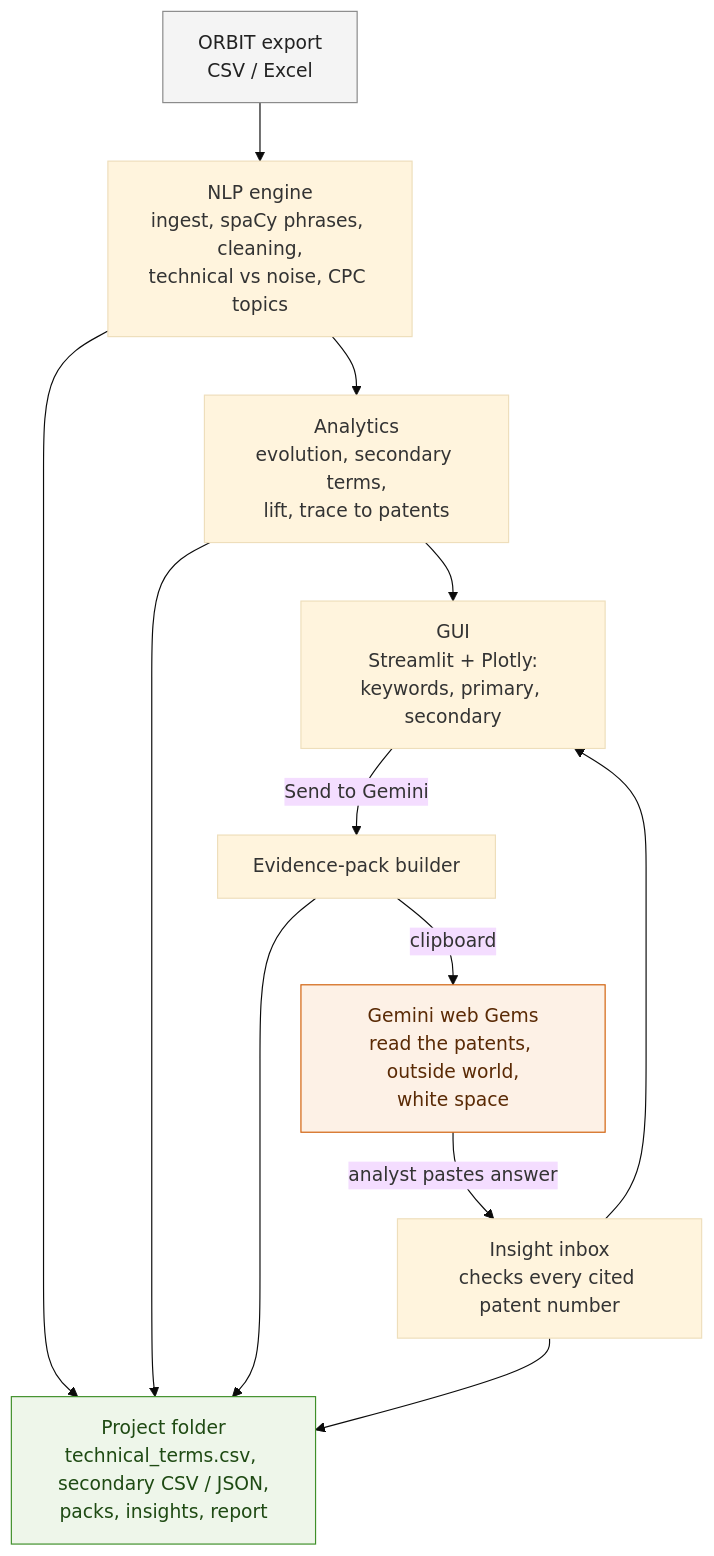
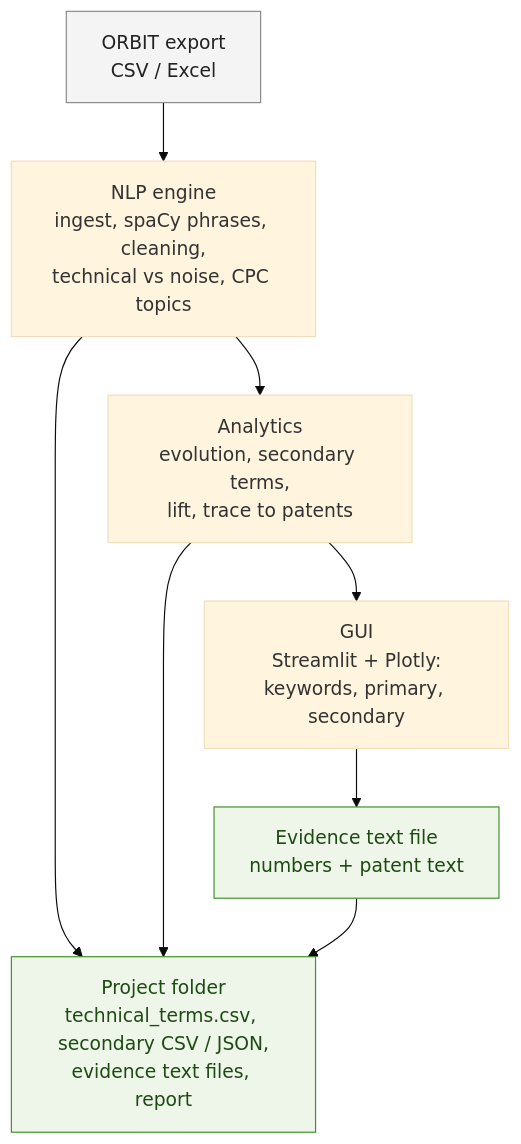
Before and after one commit to szed0/random: the first of 3 diagrams in ARCHITECTURE.md, drawn with Mermaid (base theme). The commit also changed 1 other file, not shown here.

Commit message:
Simplify the architecture diagram to the local app and its evidence text file

````diff
--- a/ARCHITECTURE.md
+++ b/ARCHITECTURE.md
@@ -20,28 +20,20 @@
 ```mermaid
 flowchart TB
     exportfile["ORBIT export<br/>CSV / Excel"]
     engine["NLP engine<br/>ingest, spaCy phrases, cleaning,<br/>technical vs noise, CPC topics"]
     analytics["Analytics<br/>evolution, secondary terms,<br/>lift, trace to patents"]
     gui["GUI<br/>Streamlit + Plotly:<br/>keywords, primary, secondary"]
-    packer["Evidence-pack builder"]
-    gemini["Gemini web Gems<br/>read the patents, outside world,<br/>white space"]
-    inbox["Insight inbox<br/>checks every cited patent number"]
-    folder["Project folder<br/>technical_terms.csv, secondary CSV / JSON,<br/>packs, insights, report"]
+    evidence["Evidence text file<br/>numbers + patent text"]
+    folder["Project folder<br/>technical_terms.csv, secondary CSV / JSON,<br/>evidence text files, report"]
 
     exportfile --> engine --> analytics --> gui
-    gui -- "Send to Gemini" --> packer
-    packer -- "clipboard" --> gemini
-    gemini -- "analyst pastes answer" --> inbox
-    inbox --> gui
+    gui --> evidence
     engine --> folder
     analytics --> folder
-    packer --> folder
-    inbox --> folder
+    evidence --> folder
 
     classDef ext fill:#f4f4f4,stroke:#888,color:#222
     classDef file fill:#eef6ea,stroke:#3f8f29,color:#1e4a13
-    classDef gem fill:#fdf1e6,stroke:#d1600a,color:#5a2a05
     class exportfile ext
-    class folder file
-    class gemini gem
+    class evidence,folder file
 ```
````
